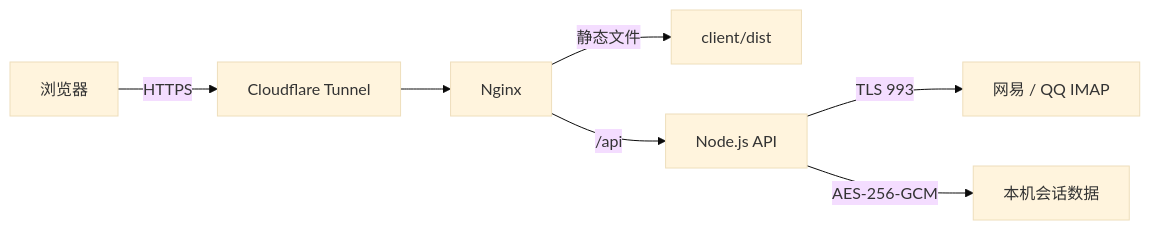
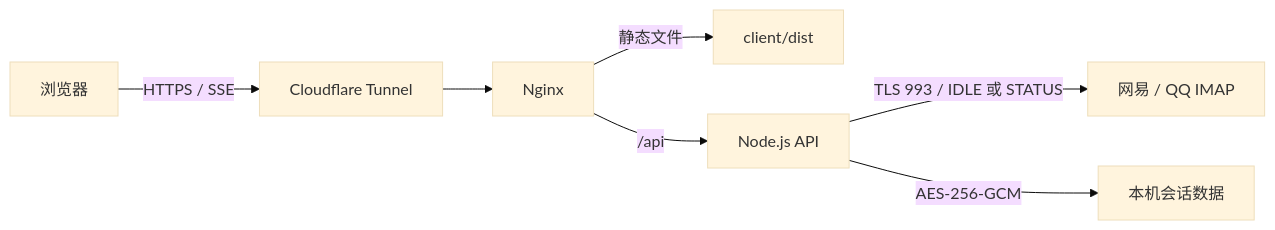
Before and after one commit to rain-yx/XMail: the diagram in README.md, drawn with Mermaid (base theme). The commit also changed other lines of this file and 45 other files, not shown here.

````diff
--- a/README.md
+++ b/README.md
@@ -51,9 +56,9 @@
 ```mermaid
 flowchart LR
-    Browser[浏览器] -->|HTTPS| Cloudflare[Cloudflare Tunnel]
+    Browser[浏览器] -->|HTTPS / SSE| Cloudflare[Cloudflare Tunnel]
     Cloudflare --> Nginx[Nginx]
     Nginx -->|静态文件| Client[client/dist]
     Nginx -->|/api| Server[Node.js API]
-    Server -->|TLS 993| IMAP[网易 / QQ IMAP]
+    Server -->|TLS 993 / IDLE 或 STATUS| IMAP[网易 / QQ IMAP]
     Server -->|AES-256-GCM| Data[本机会话数据]
 ```
````
